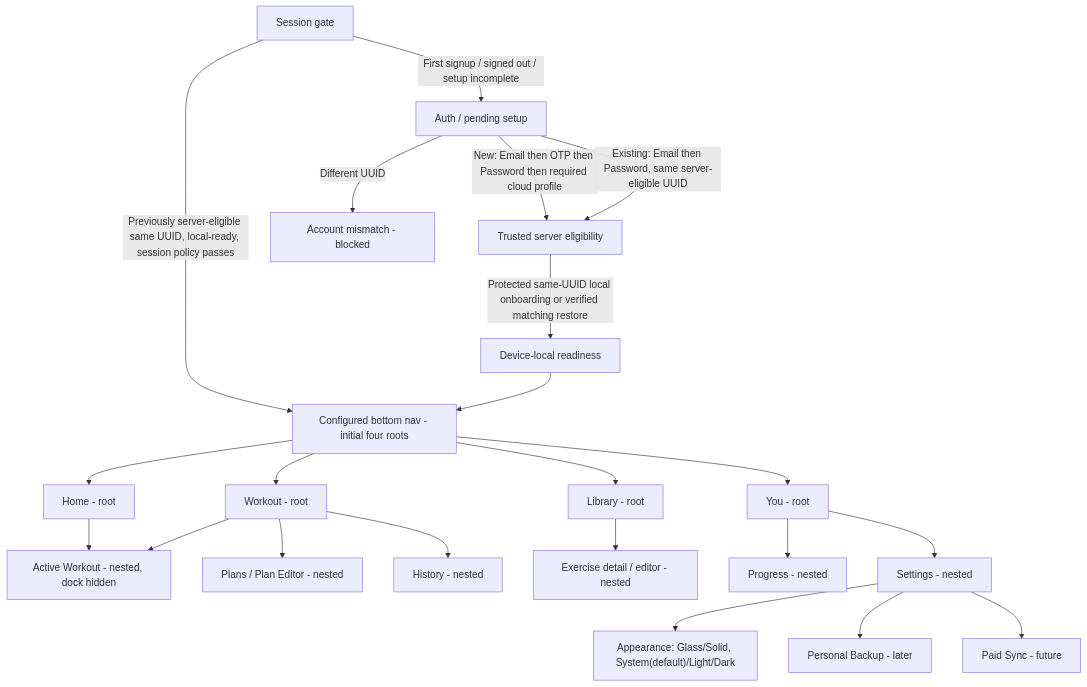
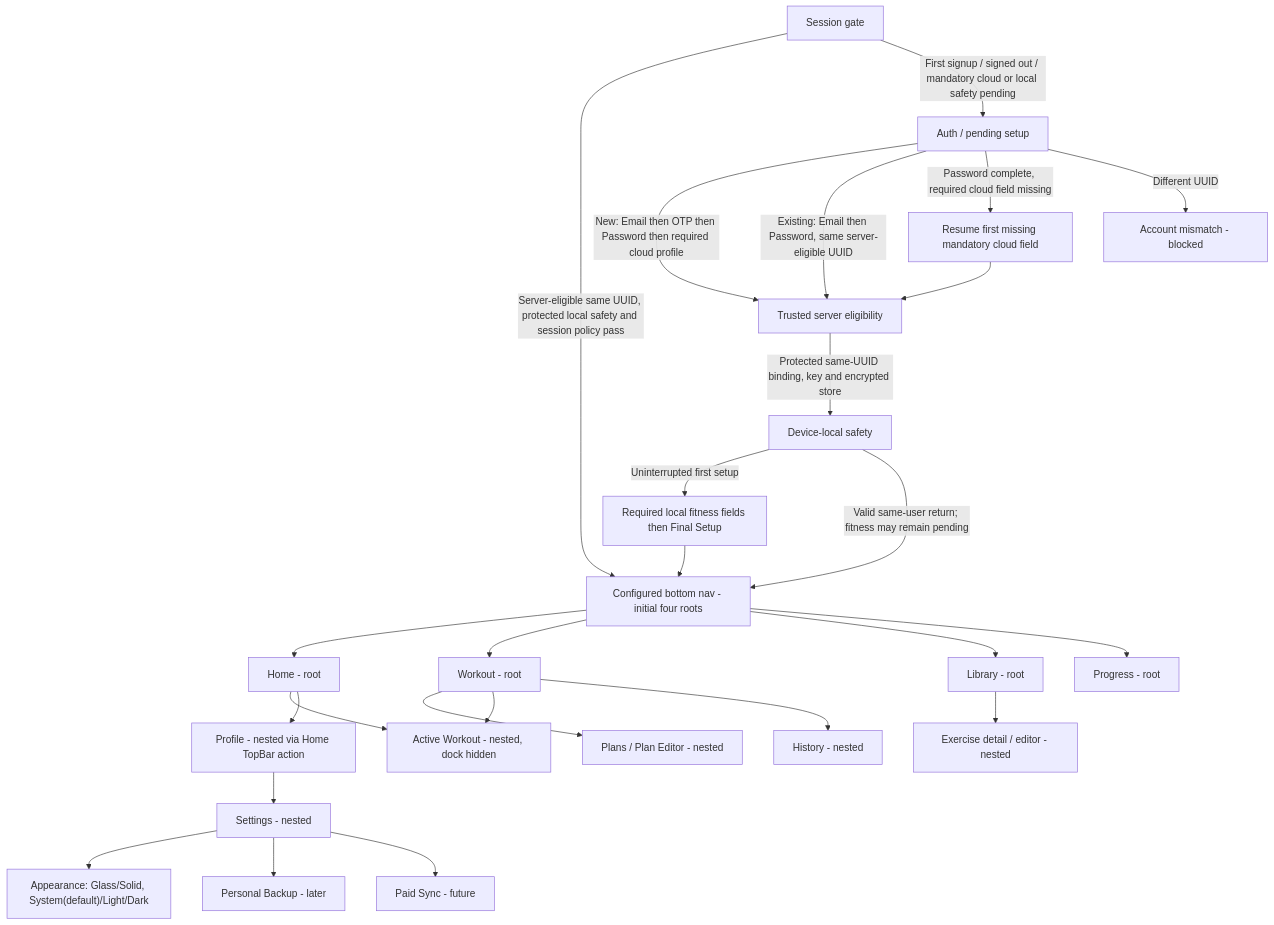
Before and after one commit to im-tnyx/Tio-Workspace: the diagram in docs/20-MVP-UX-FLOWS.md, drawn with Mermaid. The commit also changed other lines of this file and 15 other files, not shown here.

Commit message:
docs: reconcile provisional signup and profile resume

````diff
--- a/docs/20-MVP-UX-FLOWS.md
+++ b/docs/20-MVP-UX-FLOWS.md
@@ -17,24 +17,28 @@
 ```mermaid
 flowchart TD
-  S["Session gate"] -->|Previously server-eligible same UUID, local-ready, session policy passes| Dock["Configured bottom nav - initial four roots"]
-  S -->|First signup / signed out / setup incomplete| Auth["Auth / pending setup"]
+  S["Session gate"] -->|Server-eligible same UUID, protected local safety and session policy pass| Dock["Configured bottom nav - initial four roots"]
+  S -->|First signup / signed out / mandatory cloud or local safety pending| Auth["Auth / pending setup"]
   Auth -->|New: Email then OTP then Password then required cloud profile| Eligible["Trusted server eligibility"]
   Auth -->|Existing: Email then Password, same server-eligible UUID| Eligible
-  Eligible -->|Protected same-UUID local onboarding or verified matching restore| Ready["Device-local readiness"]
-  Ready --> Dock
+  Auth -->|Password complete, required cloud field missing| CloudPending["Resume first missing mandatory cloud field"]
+  CloudPending --> Eligible
+  Eligible -->|Protected same-UUID binding, key and encrypted store| Ready["Device-local safety"]
+  Ready -->|Uninterrupted first setup| Fitness["Required local fitness fields then Final Setup"]
+  Fitness --> Dock
+  Ready -->|Valid same-user return; fitness may remain pending| Dock
   Auth -->|Different UUID| Denied["Account mismatch - blocked"]
   Dock --> Home["Home - root"]
   Dock --> Workout["Workout - root"]
   Dock --> Library["Library - root"]
-  Dock --> You["You - root"]
+  Dock --> Progress["Progress - root"]
   Home --> Active["Active Workout - nested, dock hidden"]
   Workout --> Plans["Plans / Plan Editor - nested"]
   Workout --> Active
   Workout --> History["History - nested"]
   Library --> Exercise["Exercise detail / editor - nested"]
-  You --> Progress["Progress - nested"]
-  You --> Settings["Settings - nested"]
+  Home --> Profile["Profile - nested via Home TopBar action"]
+  Profile --> Settings["Settings - nested"]
   Settings --> Appear["Appearance: Glass/Solid, System(default)/Light/Dark"]
   Settings --> Backup["Personal Backup - later"]
   Settings --> Sync["Paid Sync - future"]
 ```
````
